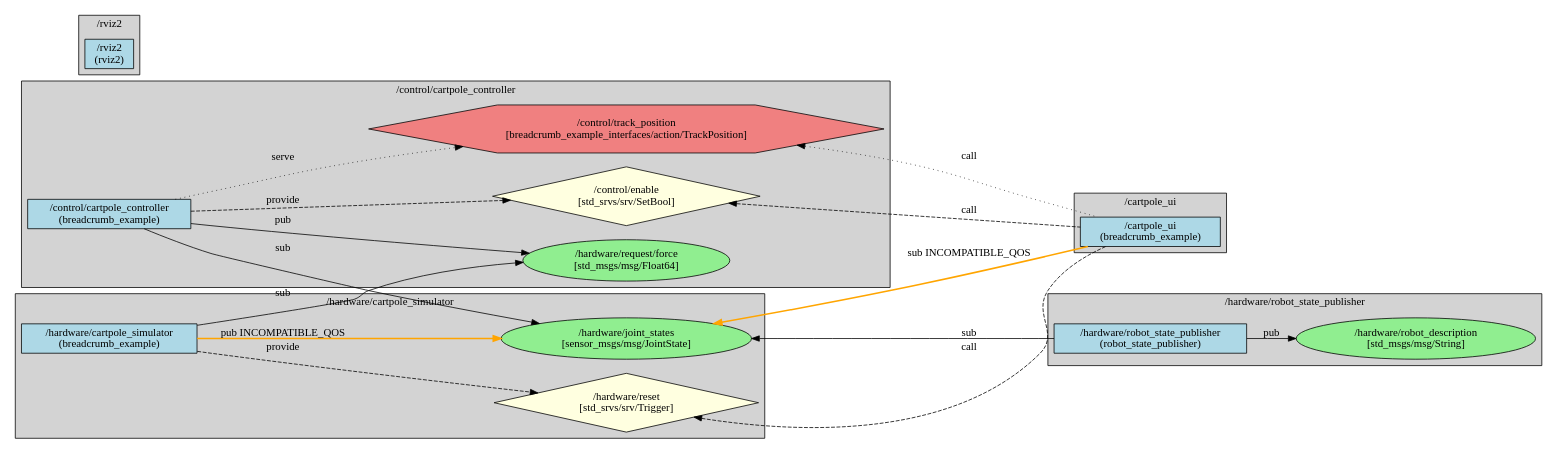
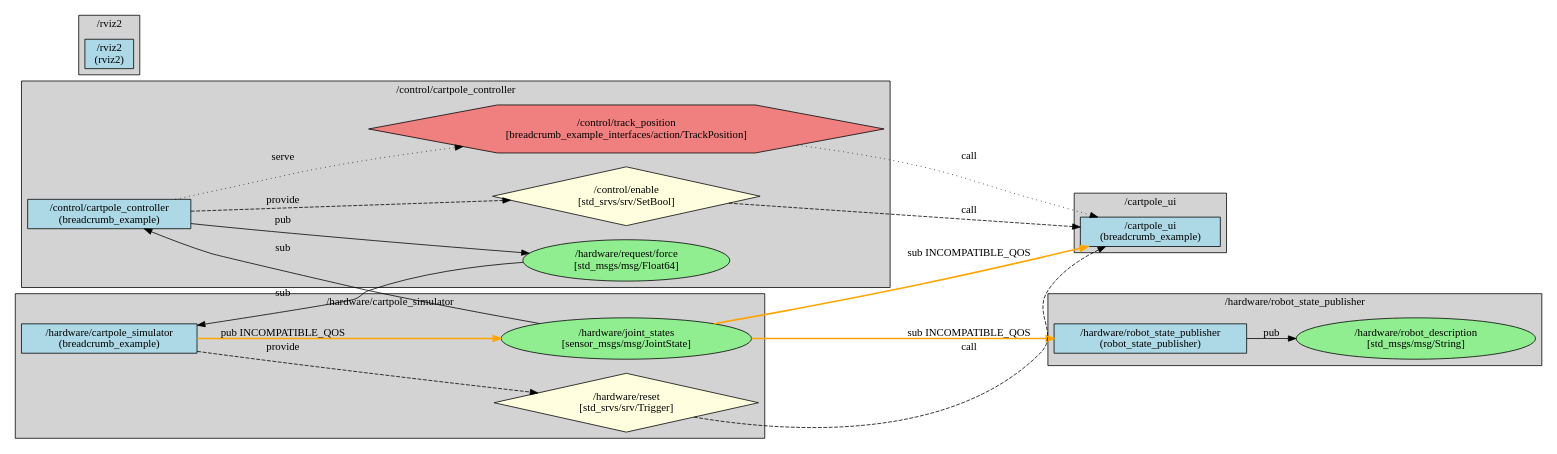
The diagram in breadcrumb_example/ros_graphs/graph_full_system.dot (greenforge-labs/breadcrumb), drawn with Graphviz before and after one commit. The commit also changed 8 other files, not shown here.

```diff
--- a/breadcrumb_example/ros_graphs/graph_full_system.dot
+++ b/breadcrumb_example/ros_graphs/graph_full_system.dot
@@ -1,69 +1,69 @@
 digraph ROS2Graph {
   rankdir=LR;
   node [shape=box];
 
   subgraph cluster__cartpole_ui {
     label="/cartpole_ui";
     style=filled;
     fillcolor=lightgrey;
 
     "/cartpole_ui" [label="/cartpole_ui\n(breadcrumb_example)", style=filled, fillcolor=lightblue];
   }
 
   subgraph cluster__control_cartpole_controller {
     label="/control/cartpole_controller";
     style=filled;
     fillcolor=lightgrey;
 
     "/control/cartpole_controller" [label="/control/cartpole_controller\n(breadcrumb_example)", style=filled, fillcolor=lightblue];
     "/hardware/request/force" [label="/hardware/request/force\n[std_msgs/msg/Float64]", shape=ellipse, style=filled, fillcolor=lightgreen];
     "/control/enable" [label="/control/enable\n[std_srvs/srv/SetBool]", shape=diamond, style=filled, fillcolor=lightyellow];
     "/control/track_position" [label="/control/track_position\n[breadcrumb_example_interfaces/action/TrackPosition]", shape=hexagon, style=filled, fillcolor=lightcoral];
   }
 
   subgraph cluster__hardware_robot_state_publisher {
     label="/hardware/robot_state_publisher";
     style=filled;
     fillcolor=lightgrey;
 
     "/hardware/robot_state_publisher" [label="/hardware/robot_state_publisher\n(robot_state_publisher)", style=filled, fillcolor=lightblue];
     "/hardware/robot_description" [label="/hardware/robot_description\n[std_msgs/msg/String]", shape=ellipse, style=filled, fillcolor=lightgreen];
   }
 
   subgraph cluster__hardware_cartpole_simulator {
     label="/hardware/cartpole_simulator";
     style=filled;
     fillcolor=lightgrey;
 
     "/hardware/cartpole_simulator" [label="/hardware/cartpole_simulator\n(breadcrumb_example)", style=filled, fillcolor=lightblue];
     "/hardware/joint_states" [label="/hardware/joint_states\n[sensor_msgs/msg/JointState]", shape=ellipse, style=filled, fillcolor=lightgreen];
     "/hardware/reset" [label="/hardware/reset\n[std_srvs/srv/Trigger]", shape=diamond, style=filled, fillcolor=lightyellow];
   }
 
   subgraph cluster__rviz2 {
     label="/rviz2";
     style=filled;
     fillcolor=lightgrey;
 
     "/rviz2" [label="/rviz2\n(rviz2)", style=filled, fillcolor=lightblue];
   }
 
   // Topic Edges
   "/hardware/cartpole_simulator" -> "/hardware/joint_states" [label="pub INCOMPATIBLE_QOS", color=orange, style=bold];
-  "/hardware/joint_states" -> "/cartpole_ui" [label="sub INCOMPATIBLE_QOS", dir=back, color=orange, style=bold];
-  "/hardware/joint_states" -> "/control/cartpole_controller" [label="sub", dir=back];
-  "/hardware/joint_states" -> "/hardware/robot_state_publisher" [label="sub", dir=back];
+  "/hardware/joint_states" -> "/cartpole_ui" [label="sub INCOMPATIBLE_QOS", color=orange, style=bold];
+  "/hardware/joint_states" -> "/control/cartpole_controller" [label="sub"];
+  "/hardware/joint_states" -> "/hardware/robot_state_publisher" [label="sub INCOMPATIBLE_QOS", color=orange, style=bold];
   "/control/cartpole_controller" -> "/hardware/request/force" [label="pub"];
-  "/hardware/request/force" -> "/hardware/cartpole_simulator" [label="sub", dir=back];
+  "/hardware/request/force" -> "/hardware/cartpole_simulator" [label="sub"];
   "/hardware/robot_state_publisher" -> "/hardware/robot_description" [label="pub"];
 
   // Service Edges
   "/control/cartpole_controller" -> "/control/enable" [label="provide", style=dashed];
-  "/control/enable" -> "/cartpole_ui" [label="call", style=dashed, dir=back];
+  "/control/enable" -> "/cartpole_ui" [label="call", style=dashed];
   "/hardware/cartpole_simulator" -> "/hardware/reset" [label="provide", style=dashed];
-  "/hardware/reset" -> "/cartpole_ui" [label="call", style=dashed, dir=back];
+  "/hardware/reset" -> "/cartpole_ui" [label="call", style=dashed];
 
   // Action Edges
   "/control/cartpole_controller" -> "/control/track_position" [label="serve", style=dotted];
-  "/control/track_position" -> "/cartpole_ui" [label="call", style=dotted, dir=back];
+  "/control/track_position" -> "/cartpole_ui" [label="call", style=dotted];
 }
```
